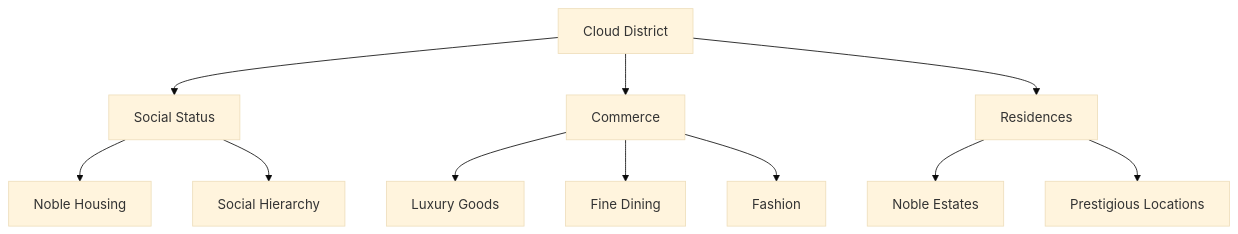
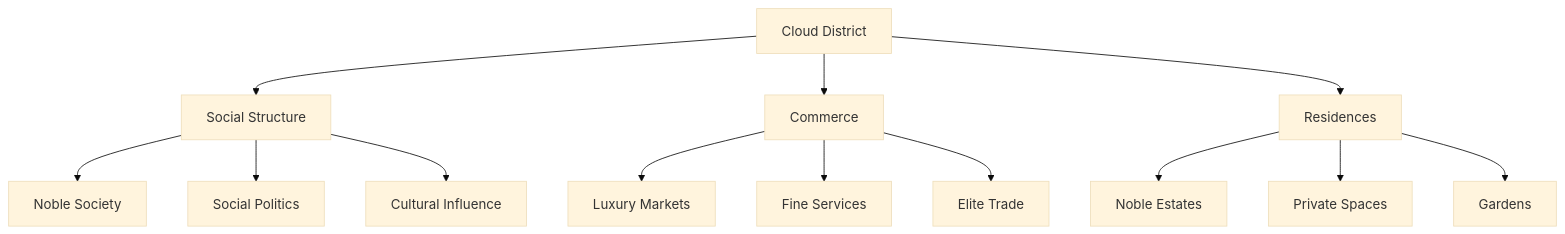
The first of 2 diagrams in 01. Etorolth/05. The Clouds/01. The Clouds Lore.md (NovemberFalls/DND_Etorolth), drawn with Mermaid (base theme) before and after one commit. The commit also changed other lines of this file and 6 other files, not shown here.

````diff
--- a/01. Etorolth/05. The Clouds/01. The Clouds Lore.md
+++ b/01. Etorolth/05. The Clouds/01. The Clouds Lore.md
@@ -21,16 +71,18 @@
 ```mermaid
 graph TD
-    A[Cloud District] --> B[Social Status]
+    A[Cloud District] --> B[Social Structure]
     A --> C[Commerce]
     A --> D[Residences]
     
-    B --> E[Noble Housing]
-    B --> F[Social Hierarchy]
+    B --> E[Noble Society]
+    B --> F[Social Politics]
+    B --> G[Cultural Influence]
     
-    C --> G[Luxury Goods]
-    C --> H[Fine Dining]
-    C --> I[Fashion]
+    C --> H[Luxury Markets]
+    C --> I[Fine Services]
+    C --> J[Elite Trade]
     
-    D --> J[Noble Estates]
-    D --> K[Prestigious Locations]
+    D --> K[Noble Estates]
+    D --> L[Private Spaces]
+    D --> M[Gardens]
 ```
````
